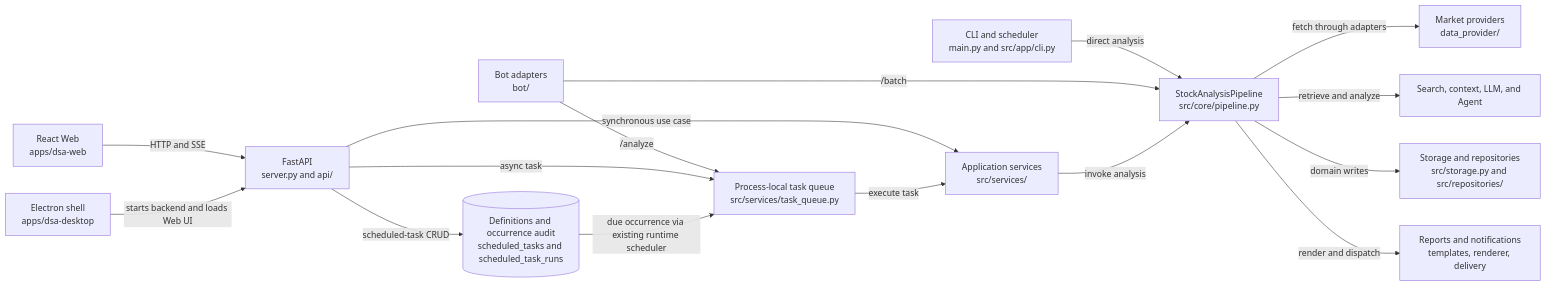
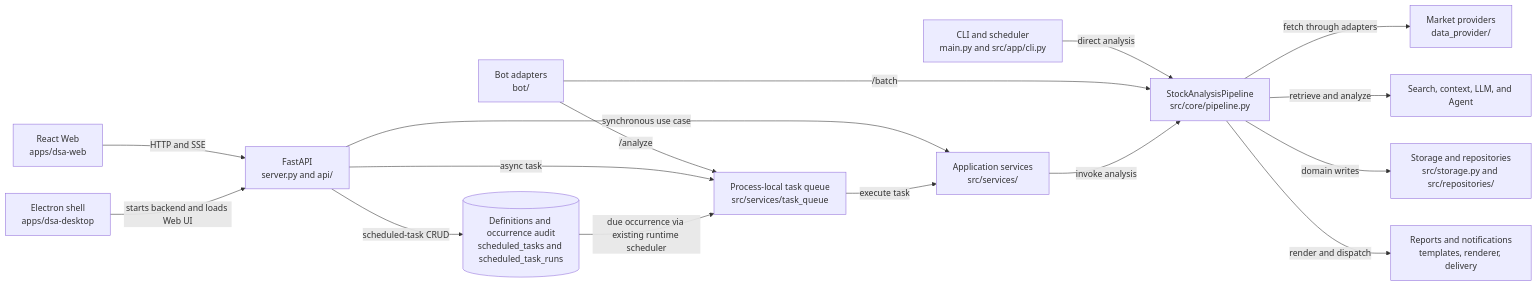
The first of 3 diagrams in docs/architecture-overview.md (SiinXu/stock-pulse-ai), drawn with Mermaid before and after one commit. The commit also changed 18 other files, not shown here.

First line of the commit message:
refactor: split task_queue and portfolio_service behind facades

````diff
--- a/docs/architecture-overview.md
+++ b/docs/architecture-overview.md
@@ -28,18 +28,18 @@
 ```mermaid
 flowchart LR
   CLI[CLI and scheduler<br/>main.py and src/app/cli.py] -->|direct analysis| PIPE
   WEB[React Web<br/>apps/dsa-web] -->|HTTP and SSE| API
   DESKTOP[Electron shell<br/>apps/dsa-desktop] -->|starts backend and loads Web UI| API
   BOT[Bot adapters<br/>bot/] -->|/analyze| QUEUE
   BOT -->|/batch| PIPE
-  API[FastAPI<br/>server.py and api/] -->|async task| QUEUE[Process-local task queue<br/>src/services/task_queue.py]
+  API[FastAPI<br/>server.py and api/] -->|async task| QUEUE[Process-local task queue<br/>src/services/task_queue]
   API -->|synchronous use case| SERVICES[Application services<br/>src/services/]
   API -->|scheduled-task CRUD| SCHEDULES[(Definitions and occurrence audit<br/>scheduled_tasks and scheduled_task_runs)]
   SCHEDULES -->|due occurrence via existing runtime scheduler| QUEUE
   QUEUE -->|execute task| SERVICES
   SERVICES -->|invoke analysis| PIPE[StockAnalysisPipeline<br/>src/core/pipeline.py]
   PIPE -->|fetch through adapters| DATA[Market providers<br/>data_provider/]
   PIPE -->|retrieve and analyze| INTEL[Search, context, LLM, and Agent]
   PIPE -->|domain writes| STORE[Storage and repositories<br/>src/storage.py and src/repositories/]
   PIPE -->|render and dispatch| OUTPUT[Reports and notifications<br/>templates, renderer, delivery]
 ```
````
